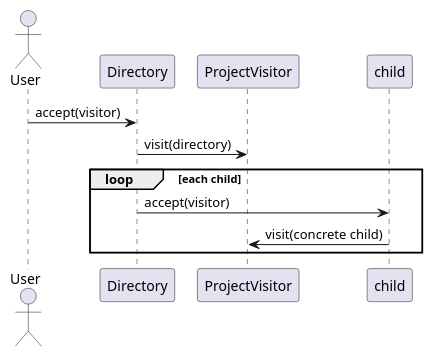
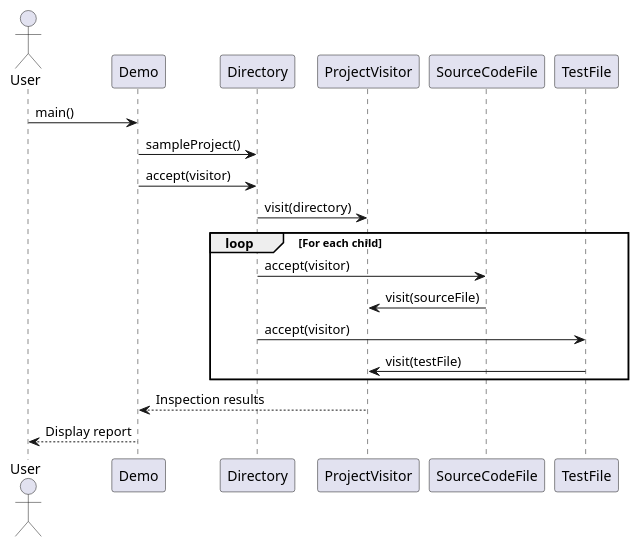
The second of 2 diagrams in README.md (ame7sa/Assignment6-SmartCodeInspection), drawn with PlantUML before and after one commit. The commit also changed other lines of this file, not shown here.

Commit message:
Improve project documentation and UML diagrams

````diff
--- a/README.md
+++ b/README.md
@@ -59,13 +361,29 @@
 ```plantuml
 @startuml
+
 actor User
+participant Demo
 participant Directory
 participant ProjectVisitor
-User -> Directory: accept(visitor)
+participant SourceCodeFile
+participant TestFile
+
+User -> Demo: main()
+Demo -> Directory: sampleProject()
+Demo -> Directory: accept(visitor)
+
 Directory -> ProjectVisitor: visit(directory)
-loop each child
-  Directory -> child: accept(visitor)
-  child -> ProjectVisitor: visit(concrete child)
+
+loop For each child
+    Directory -> SourceCodeFile: accept(visitor)
+    SourceCodeFile -> ProjectVisitor: visit(sourceFile)
+
+    Directory -> TestFile: accept(visitor)
+    TestFile -> ProjectVisitor: visit(testFile)
 end
+
+ProjectVisitor --> Demo: Inspection results
+Demo --> User: Display report
+
 @enduml
 ```
````
